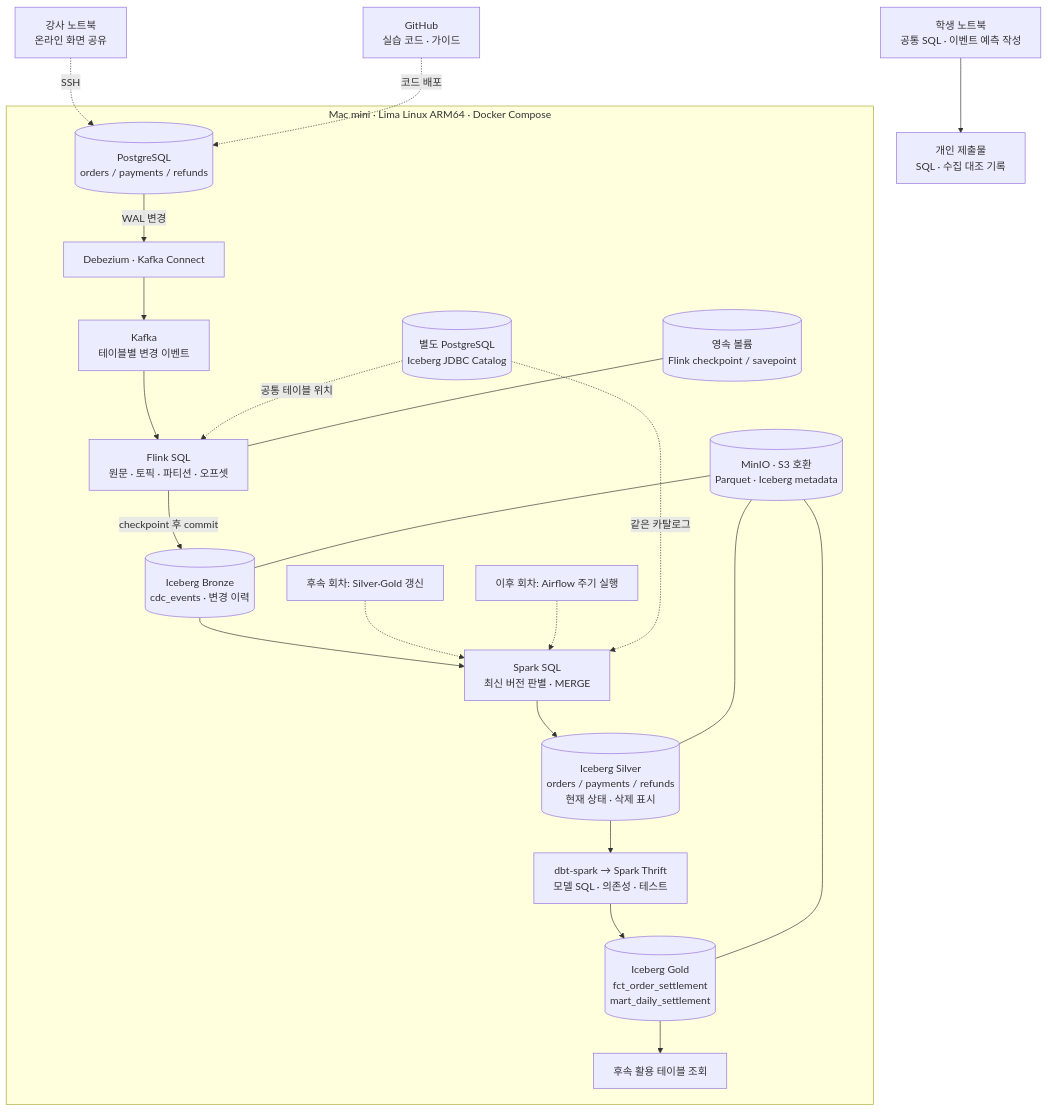
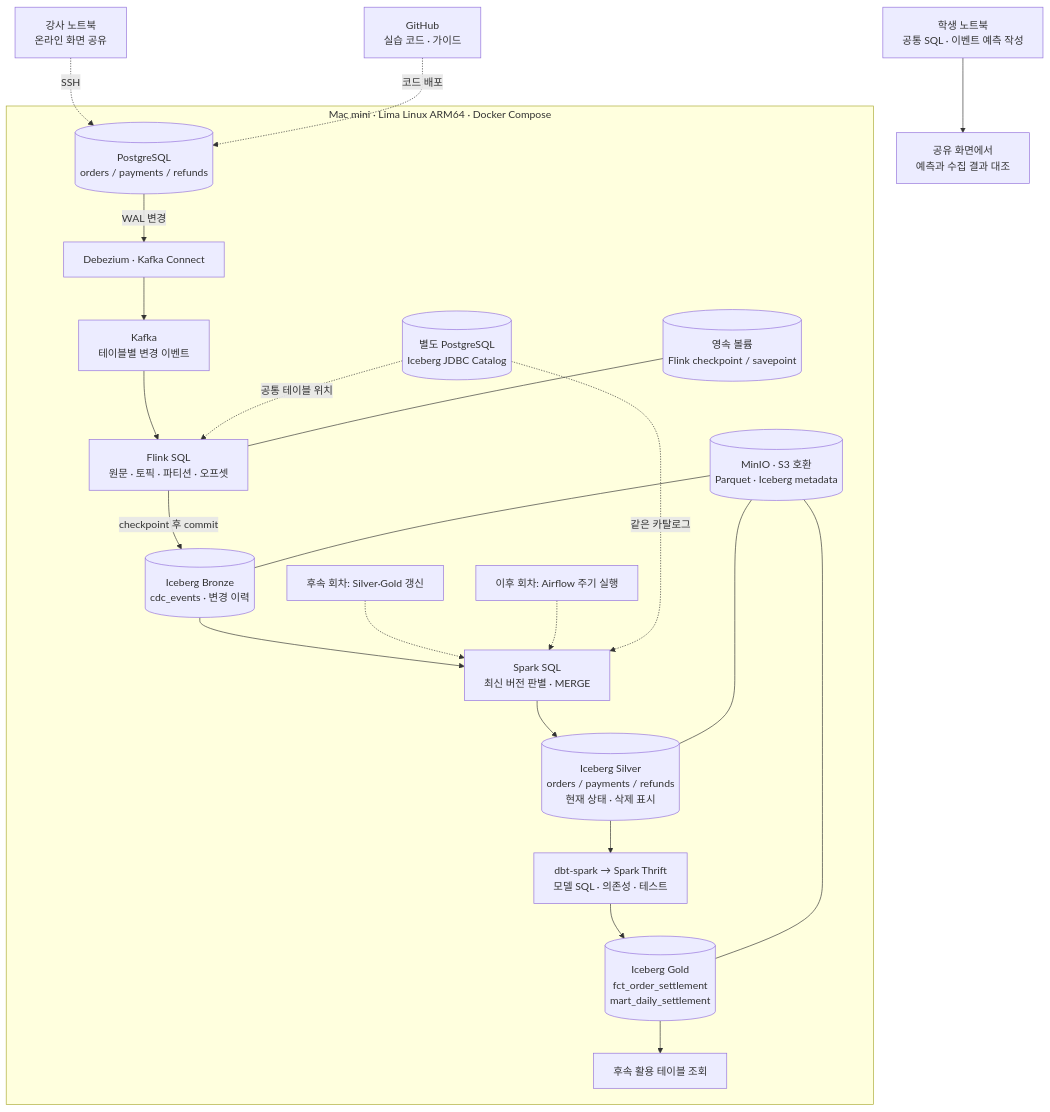
One commit to kim-dabin/cdc-lakehouse-study changed the first of 2 diagrams in labs/session01/architecture.md. Above: the diagram before and after it, drawn with Mermaid. The commit also changed other lines of this file and 11 other files, not shown here.

Commit message:
Use one SQL worksheet without in-class submission forms

````diff
--- a/labs/session01/architecture.md
+++ b/labs/session01/architecture.md
@@ -19,25 +19,25 @@
 ```mermaid
 flowchart TB
-  student[학생 노트북<br/>공통 SQL · 이벤트 예측 작성] --> submission[개인 제출물<br/>SQL · 수집 대조 기록]
+  student[학생 노트북<br/>공통 SQL · 이벤트 예측 작성] --> comparison[공유 화면에서<br/>예측과 수집 결과 대조]
   teacher[강사 노트북<br/>온라인 화면 공유] -. SSH .-> pg
   repo[GitHub<br/>실습 코드 · 가이드] -. 코드 배포 .-> pg
   subgraph mini[Mac mini · Lima Linux ARM64 · Docker Compose]
     pg[(PostgreSQL<br/>orders / payments / refunds)] -->|WAL 변경| debezium[Debezium · Kafka Connect]
     debezium --> kafka[Kafka<br/>테이블별 변경 이벤트]
     kafka --> flink[Flink SQL<br/>원문 · 토픽 · 파티션 · 오프셋]
     flink -->|checkpoint 후 commit| bronze[(Iceberg Bronze<br/>cdc_events · 변경 이력)]
     bronze --> spark[Spark SQL<br/>최신 버전 판별 · MERGE]
     spark --> silver[(Iceberg Silver<br/>orders / payments / refunds<br/>현재 상태 · 삭제 표시)]
     silver --> dbt[dbt-spark → Spark Thrift<br/>모델 SQL · 의존성 · 테스트]
     dbt --> gold[(Iceberg Gold<br/>fct_order_settlement<br/>mart_daily_settlement)]
     gold --> result[후속 활용 테이블 조회]
     manual[후속 회차: Silver·Gold 갱신] -.-> spark
     airflow[이후 회차: Airflow 주기 실행] -.-> spark
     catalog[(별도 PostgreSQL<br/>Iceberg JDBC Catalog)] -. 공통 테이블 위치 .-> flink
     catalog -. 같은 카탈로그 .-> spark
     objectstore[(MinIO · S3 호환<br/>Parquet · Iceberg metadata)] --- bronze
     objectstore --- silver
     objectstore --- gold
     checkpoint[(영속 볼륨<br/>Flink checkpoint / savepoint)] --- flink
   end
 ```
````
